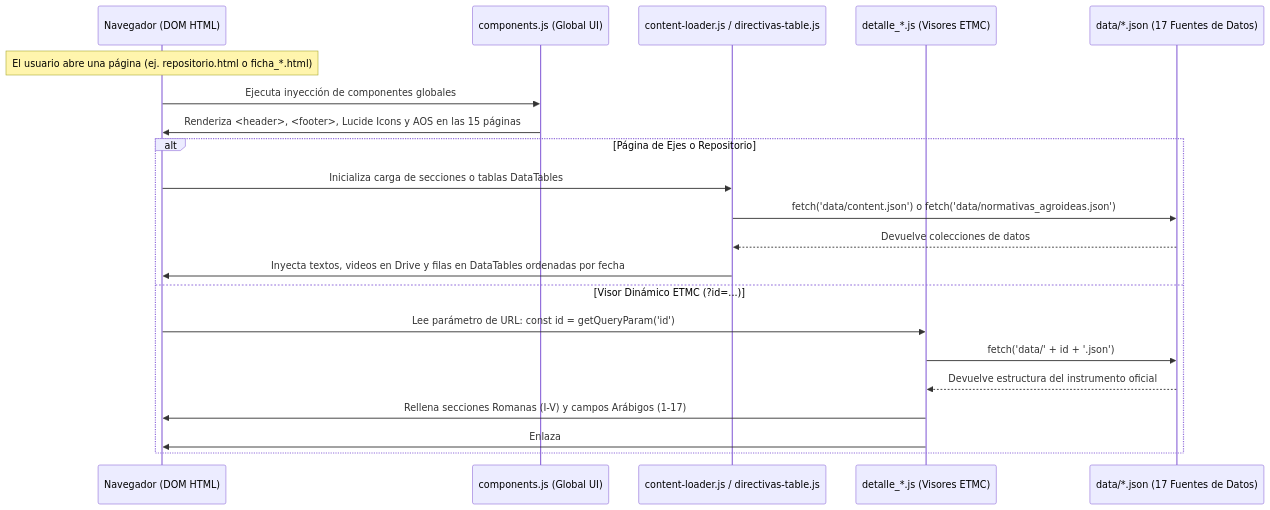
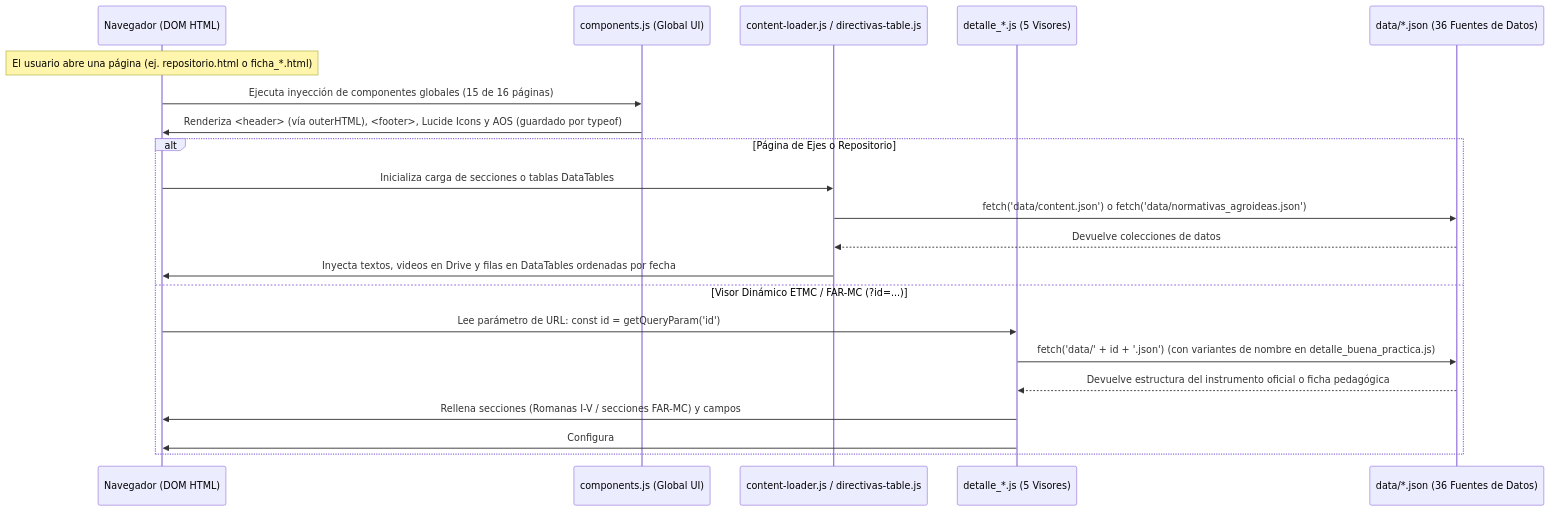
The first of 3 diagrams in document/4_Arquitectura_Datos_Interaccion.md (modernizacion1-rgb/portal_modernizacion_rag_1), drawn with Mermaid before and after one commit. The commit also changed other lines of this file and 6 other files, not shown here.

Commit message:
docs: update README and technical docs to reflect current architecture (16 pages, 36 JSON sources, FAR-MC viewers)

````diff
--- a/document/4_Arquitectura_Datos_Interaccion.md
+++ b/document/4_Arquitectura_Datos_Interaccion.md
@@ -57,24 +66,24 @@
 ```mermaid
 sequenceDiagram
     participant B as Navegador (DOM HTML)
     participant C as components.js (Global UI)
     participant L as content-loader.js / directivas-table.js
-    participant D as detalle_*.js (Visores ETMC)
-    participant J as data/*.json (17 Fuentes de Datos)
+    participant D as detalle_*.js (5 Visores)
+    participant J as data/*.json (36 Fuentes de Datos)
 
     Note over B: El usuario abre una página (ej. repositorio.html o ficha_*.html)
-    B->>C: Ejecuta inyección de componentes globales
-    C->>B: Renderiza <header>, <footer>, Lucide Icons y AOS en las 15 páginas
+    B->>C: Ejecuta inyección de componentes globales (15 de 16 páginas)
+    C->>B: Renderiza <header> (vía outerHTML), <footer>, Lucide Icons y AOS (guardado por typeof)
     alt Página de Ejes o Repositorio
         B->>L: Inicializa carga de secciones o tablas DataTables
         L->>J: fetch('data/content.json') o fetch('data/normativas_agroideas.json')
         J-->>L: Devuelve colecciones de datos
         L->>B: Inyecta textos, videos en Drive y filas en DataTables ordenadas por fecha
-    else Visor Dinámico ETMC (?id=...)
+    else Visor Dinámico ETMC / FAR-MC (?id=...)
         B->>D: Lee parámetro de URL: const id = getQueryParam('id')
-        D->>J: fetch('data/' + id + '.json')
-        J-->>D: Devuelve estructura del instrumento oficial
-        D->>B: Rellena secciones Romanas (I-V) y campos Arábigos (1-17)
-        D->>B: Enlaza #btn-imprimir-pdf con window.open(data.Link, '_blank')
+        D->>J: fetch('data/' + id + '.json') (con variantes de nombre en detalle_buena_practica.js)
+        J-->>D: Devuelve estructura del instrumento oficial o ficha pedagógica
+        D->>B: Rellena secciones (Romanas I-V / secciones FAR-MC) y campos
+        D->>B: Configura #btn-imprimir-pdf (window.open(data.Link) en ETMC / window.print() en FAR-MC)
     end
 ```
````
